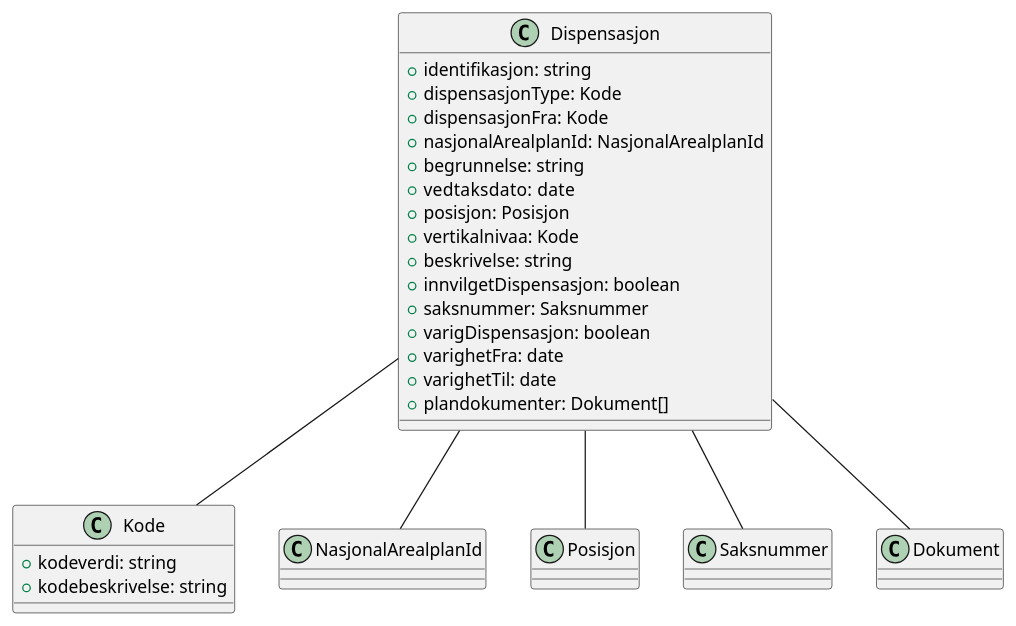
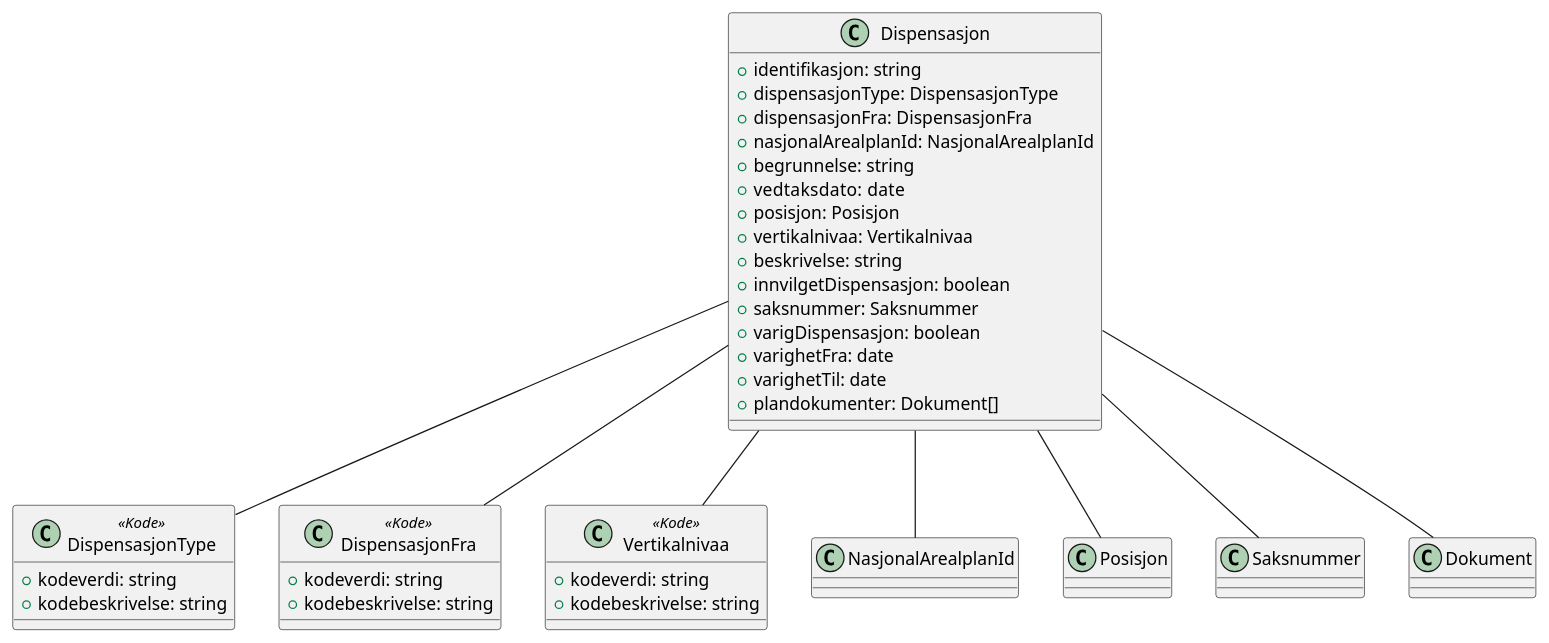
One commit to ks-no/fiks-plan-specification changed the diagram in Dokumentasjon/V2/SchemaModels/no.ks.fiks.plan.v2.felles.dispensasjon/dispensasjon.pu. Above: the diagram before and after it, drawn with PlantUML. The commit also changed 28 other files, not shown here.

Commit message:
Flere oppdateringer på UML

```diff
--- a/Dokumentasjon/V2/SchemaModels/no.ks.fiks.plan.v2.felles.dispensasjon/dispensasjon.pu
+++ b/Dokumentasjon/V2/SchemaModels/no.ks.fiks.plan.v2.felles.dispensasjon/dispensasjon.pu
@@ -1,31 +1,43 @@
 @startuml
 class Dispensasjon {
     +identifikasjon: string
-    +dispensasjonType: Kode
-    +dispensasjonFra: Kode
+    +dispensasjonType: DispensasjonType
+    +dispensasjonFra: DispensasjonFra
     +nasjonalArealplanId: NasjonalArealplanId
     +begrunnelse: string
     +vedtaksdato:  date
     +posisjon: Posisjon
-    +vertikalnivaa: Kode
+    +vertikalnivaa: Vertikalnivaa
     +beskrivelse: string
     +innvilgetDispensasjon: boolean
     +saksnummer: Saksnummer
     +varigDispensasjon: boolean
     +varighetFra: date
     +varighetTil: date
     +plandokumenter: Dokument[]
 }
 
-Dispensasjon -- Kode
+Dispensasjon -- DispensasjonType
+Dispensasjon -- DispensasjonFra
+Dispensasjon -- Vertikalnivaa
 Dispensasjon -- NasjonalArealplanId
 Dispensasjon -- Posisjon
 Dispensasjon -- Saksnummer
 Dispensasjon -- Dokument
 
-class Kode {
+class DispensasjonType <<Kode>> {
+    +kodeverdi: string
+    +kodebeskrivelse: string
+}
+
+class DispensasjonFra <<Kode>> {
+    +kodeverdi: string
+    +kodebeskrivelse: string
+}
+
+class Vertikalnivaa <<Kode>> {
     +kodeverdi: string
     +kodebeskrivelse: string
 }
 
 @enduml
```
